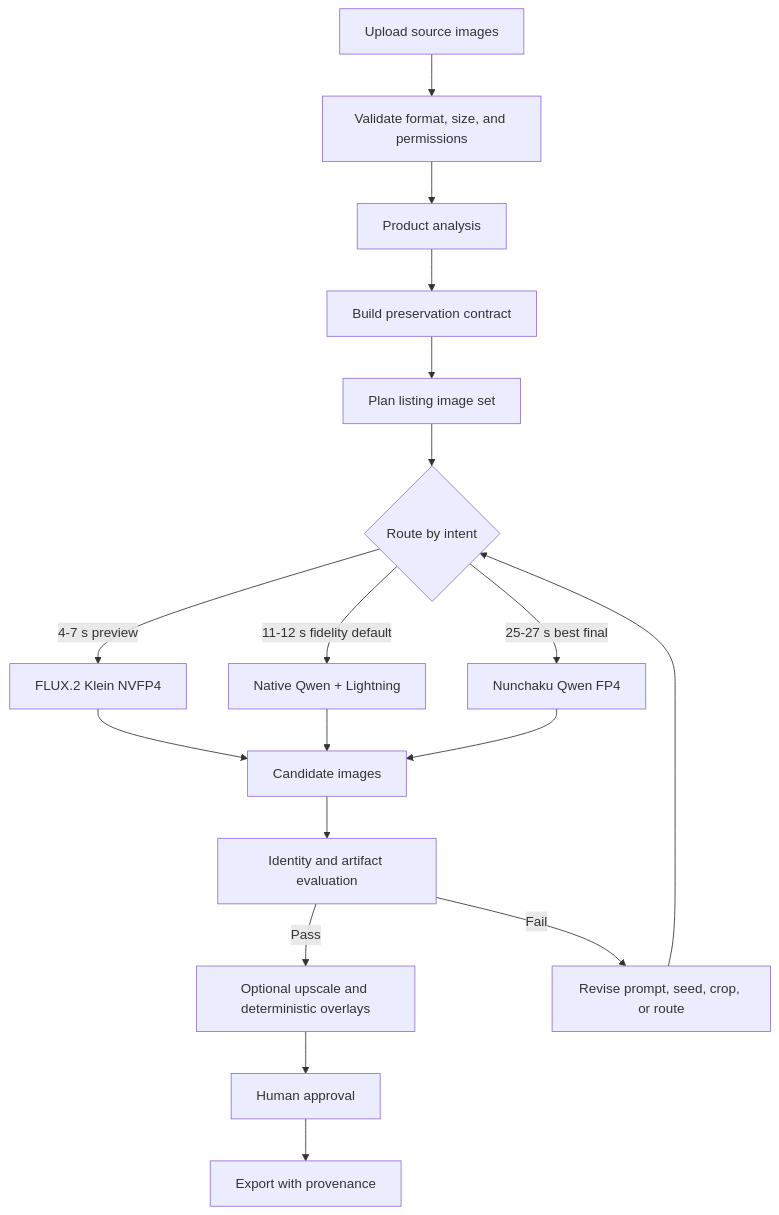
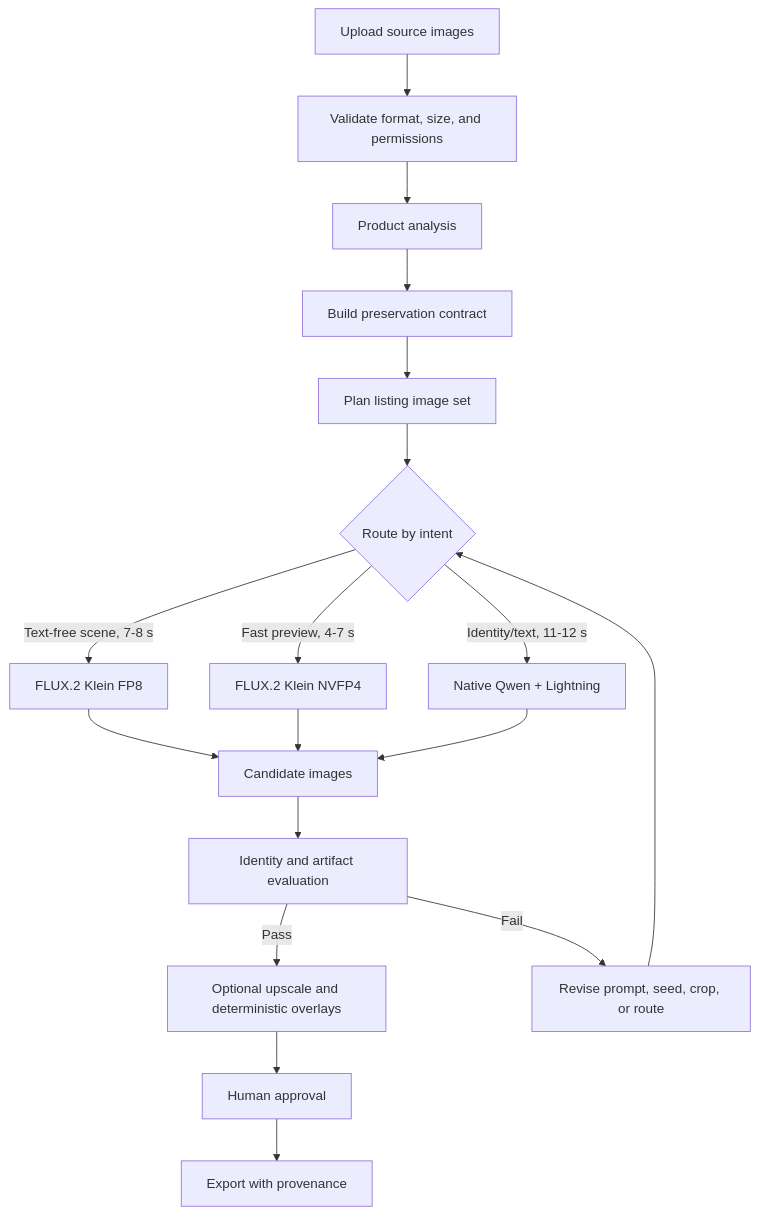
The first of 2 diagrams in docs/workflow-design.md (mln330/local-image-model-lab), drawn with Mermaid before and after one commit. The commit also changed other lines of this file and 24 other files, not shown here.

````diff
--- a/docs/workflow-design.md
+++ b/docs/workflow-design.md
@@ -9,20 +9,20 @@
 ```mermaid
 flowchart TD
     A["Upload source images"] --> B["Validate format, size, and permissions"]
     B --> C["Product analysis"]
     C --> D["Build preservation contract"]
     D --> E["Plan listing image set"]
     E --> F{"Route by intent"}
-    F -->|"4-7 s preview"| G["FLUX.2 Klein NVFP4"]
-    F -->|"11-12 s fidelity default"| H["Native Qwen + Lightning"]
-    F -->|"25-27 s best final"| I["Nunchaku Qwen FP4"]
+    F -->|"Text-free scene, 7-8 s"| G["FLUX.2 Klein FP8"]
+    F -->|"Fast preview, 4-7 s"| P["FLUX.2 Klein NVFP4"]
+    F -->|"Identity/text, 11-12 s"| H["Native Qwen + Lightning"]
     G --> J["Candidate images"]
+    P --> J
     H --> J
-    I --> J
     J --> K["Identity and artifact evaluation"]
     K -->|"Pass"| L["Optional upscale and deterministic overlays"]
     K -->|"Fail"| M["Revise prompt, seed, crop, or route"]
     M --> F
     L --> N["Human approval"]
     N --> O["Export with provenance"]
 ```
````
